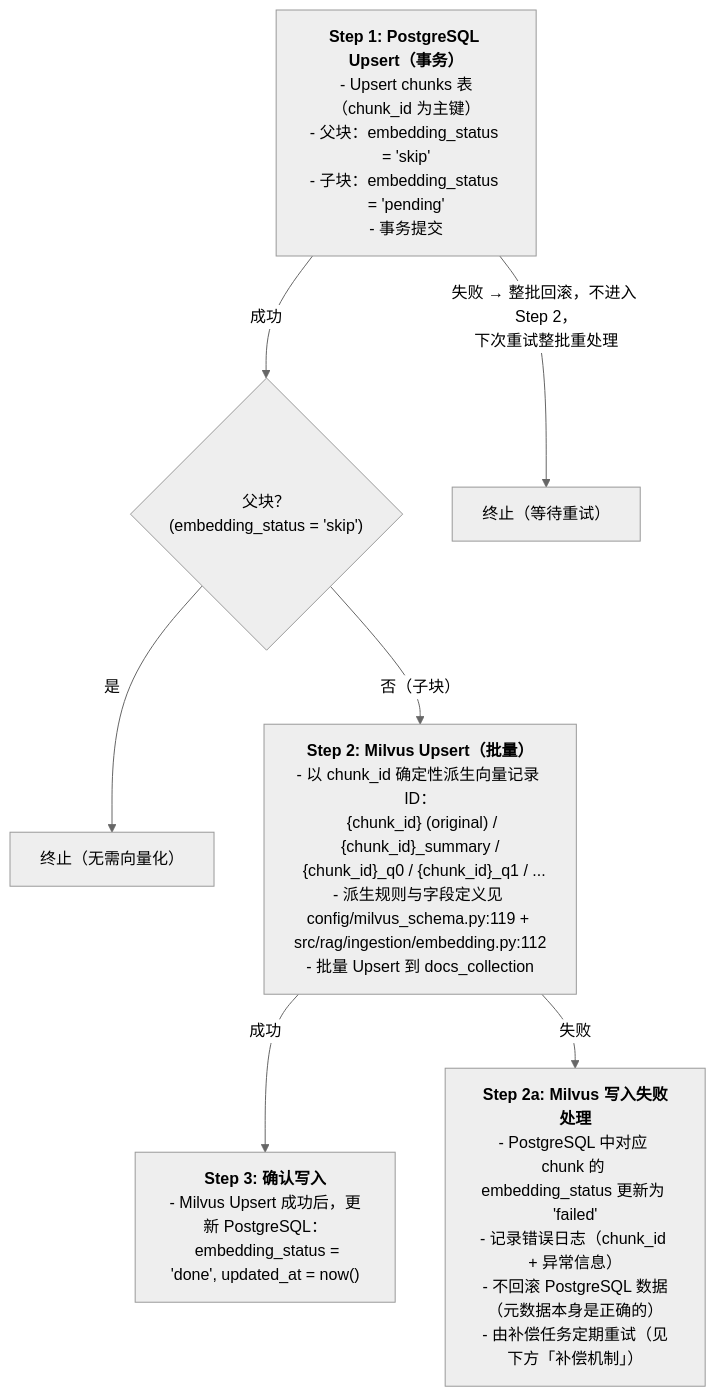
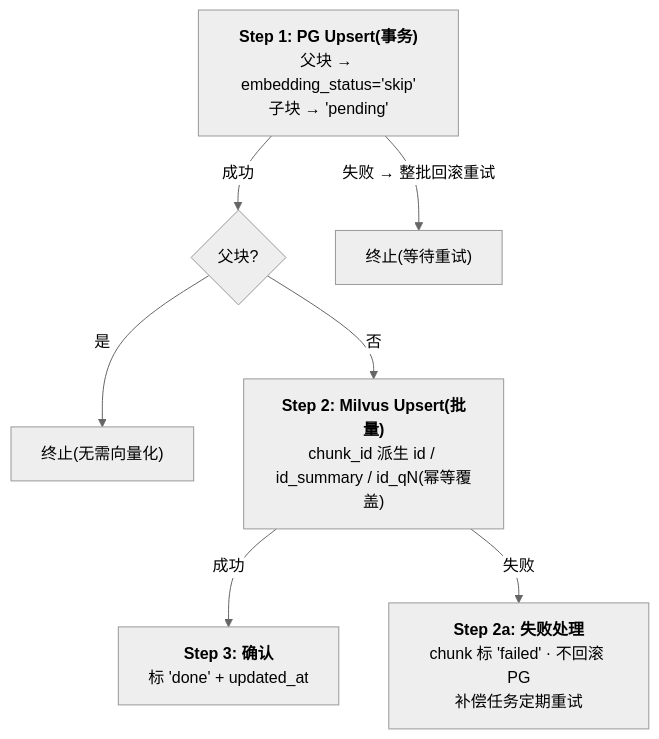
The fourth of 5 diagrams in README.md (Handshakeworm/Agentic-RAG-Diagnose-Assistant), drawn with Mermaid (neutral theme) before and after one commit. The commit also changed other lines of this file and 6 other files, not shown here.

First line of the commit message:
docs: README 图对齐现状+瘦身 + 修复 mermaid 报错 + 待办收口

````diff
--- a/README.md
+++ b/README.md
@@ -416,18 +416,18 @@
 ```mermaid
 flowchart TD
-    S1["<b>Step 1: PostgreSQL Upsert（事务）</b><br/>- Upsert chunks 表（chunk_id 为主键）<br/>- 父块：embedding_status = 'skip'<br/>- 子块：embedding_status = 'pending'<br/>- 事务提交"]
+    S1["<b>Step 1: PG Upsert(事务)</b><br/>父块 → embedding_status='skip'<br/>子块 → 'pending'"]
     S1 -->|成功| BRANCH
-    S1 -->|"失败 → 整批回滚，不进入 Step 2，<br/>下次重试整批重处理"| END1["终止（等待重试）"]
+    S1 -->|"失败 → 整批回滚重试"| END1["终止(等待重试)"]
 
-    BRANCH{"父块？<br/>(embedding_status = 'skip')"}
-    BRANCH -->|是| END2["终止（无需向量化）"]
-    BRANCH -->|否（子块）| S2
+    BRANCH{"父块?"}
+    BRANCH -->|是| END2["终止(无需向量化)"]
+    BRANCH -->|否| S2
 
-    S2["<b>Step 2: Milvus Upsert（批量）</b><br/>- 以 chunk_id 确定性派生向量记录 ID：<br/>&ensp;{chunk_id} (original) / {chunk_id}_summary /<br/>&ensp;{chunk_id}_q0 / {chunk_id}_q1 / ...<br/>- 派生规则与字段定义见 config/milvus_schema.py:119 + src/rag/ingestion/embedding.py:112<br/>- 批量 Upsert 到 docs_collection"]
+    S2["<b>Step 2: Milvus Upsert(批量)</b><br/>chunk_id 派生 id / id_summary / id_qN(幂等覆盖)"]
     S2 -->|成功| S3
     S2 -->|失败| S2a
 
-    S2a["<b>Step 2a: Milvus 写入失败处理</b><br/>- PostgreSQL 中对应 chunk 的 embedding_status 更新为 'failed'<br/>- 记录错误日志（chunk_id + 异常信息）<br/>- 不回滚 PostgreSQL 数据（元数据本身是正确的）<br/>- 由补偿任务定期重试（见下方「补偿机制」）"]
+    S2a["<b>Step 2a: 失败处理</b><br/>chunk 标 'failed' · 不回滚 PG<br/>补偿任务定期重试"]
 
-    S3["<b>Step 3: 确认写入</b><br/>- Milvus Upsert 成功后，更新 PostgreSQL：<br/>&ensp;embedding_status = 'done', updated_at = now()"]
+    S3["<b>Step 3: 确认</b><br/>标 'done' + updated_at"]
 ```
````
